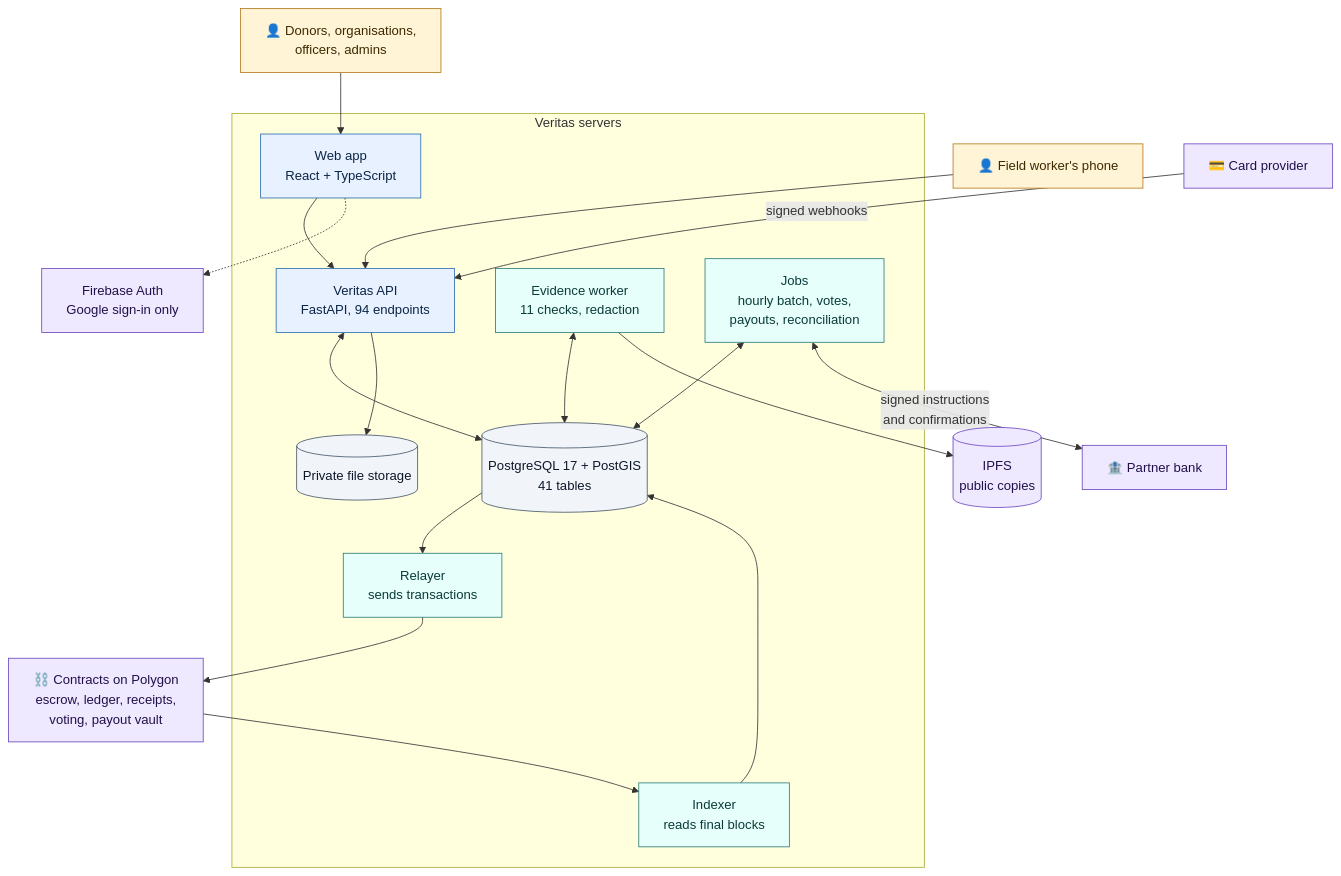
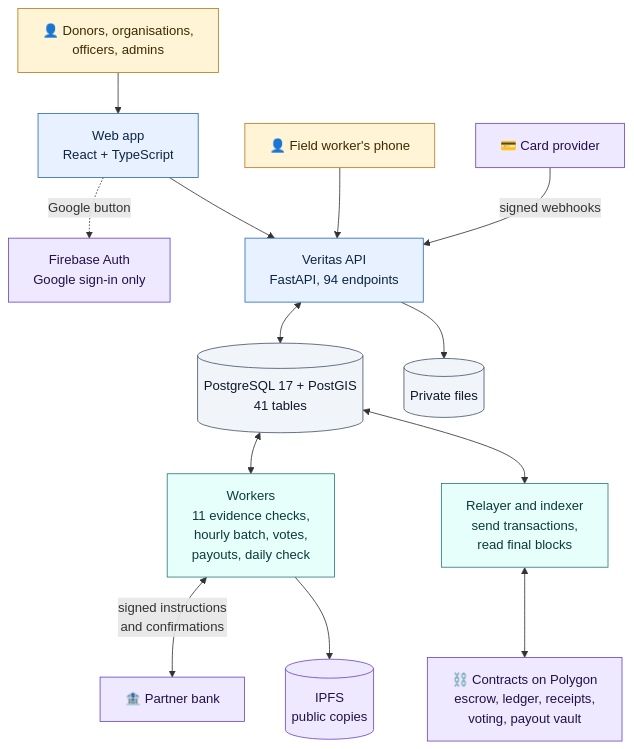
Before and after one commit to eminroot/veritas: the diagram in docs/diagrams/architecture.md, drawn with Mermaid. The commit also changed 60 other files, not shown here.

First line of the commit message:
Laptop screenshots in the readme, and diagrams readable at full size

````diff
--- a/docs/diagrams/architecture.md
+++ b/docs/diagrams/architecture.md
@@ -5,39 +5,35 @@
 ```mermaid
 flowchart TB
     classDef people fill:#FFF4D6,stroke:#B7791F,color:#3D2A00
     classDef app fill:#E8F1FF,stroke:#2B6CB0,color:#0B2545
     classDef worker fill:#E6FFFA,stroke:#2C7A7B,color:#0B3B3B
     classDef store fill:#F1F5F9,stroke:#475569,color:#0F172A
     classDef outside fill:#EFE9FF,stroke:#6B46C1,color:#22104A
 
     U["👤 Donors, organisations,<br/>officers, admins"]:::people
     F["👤 Field worker's phone"]:::people
-    subgraph SERVERS["Veritas servers"]
-        W["Web app<br/>React + TypeScript"]:::app
-        API["Veritas API<br/>FastAPI, 94 endpoints"]:::app
-        DB[("PostgreSQL 17 + PostGIS<br/>41 tables")]:::store
-        S3[("Private file storage")]:::store
-        EV["Evidence worker<br/>11 checks, redaction"]:::worker
-        JOBS["Jobs<br/>hourly batch, votes,<br/>payouts, reconciliation"]:::worker
-        RL["Relayer<br/>sends transactions"]:::worker
-        IX["Indexer<br/>reads final blocks"]:::worker
-    end
+    W["Web app<br/>React + TypeScript"]:::app
+    FB["Firebase Auth<br/>Google sign-in only"]:::outside
+    API["Veritas API<br/>FastAPI, 94 endpoints"]:::app
     CARD["💳 Card provider"]:::outside
+    DB[("PostgreSQL 17 + PostGIS<br/>41 tables")]:::store
+    S3[("Private files")]:::store
+    WK["Workers<br/>11 evidence checks,<br/>hourly batch, votes,<br/>payouts, daily check"]:::worker
+    RI["Relayer and indexer<br/>send transactions,<br/>read final blocks"]:::worker
     BANK["🏦 Partner bank"]:::outside
+    IPFS[("IPFS<br/>public copies")]:::outside
     CH["⛓️ Contracts on Polygon<br/>escrow, ledger, receipts,<br/>voting, payout vault"]:::outside
-    IPFS[("IPFS<br/>public copies")]:::outside
-    FB["Firebase Auth<br/>Google sign-in only"]:::outside
 
-    U --> W --> API
+    U --> W
+    W -. "Google button" .-> FB
+    W --> API
     F --> API
-    W -.-> FB
     CARD -- "signed webhooks" --> API
     API <--> DB
     API --> S3
-    EV <--> DB
-    EV --> IPFS
-    JOBS <--> DB
-    JOBS <-->|"signed instructions<br/>and confirmations"| BANK
-    DB --> RL --> CH
-    CH --> IX --> DB
+    DB <--> WK
+    DB <--> RI
+    WK <-- "signed instructions<br/>and confirmations" --> BANK
+    WK --> IPFS
+    RI <--> CH
 ```
````
